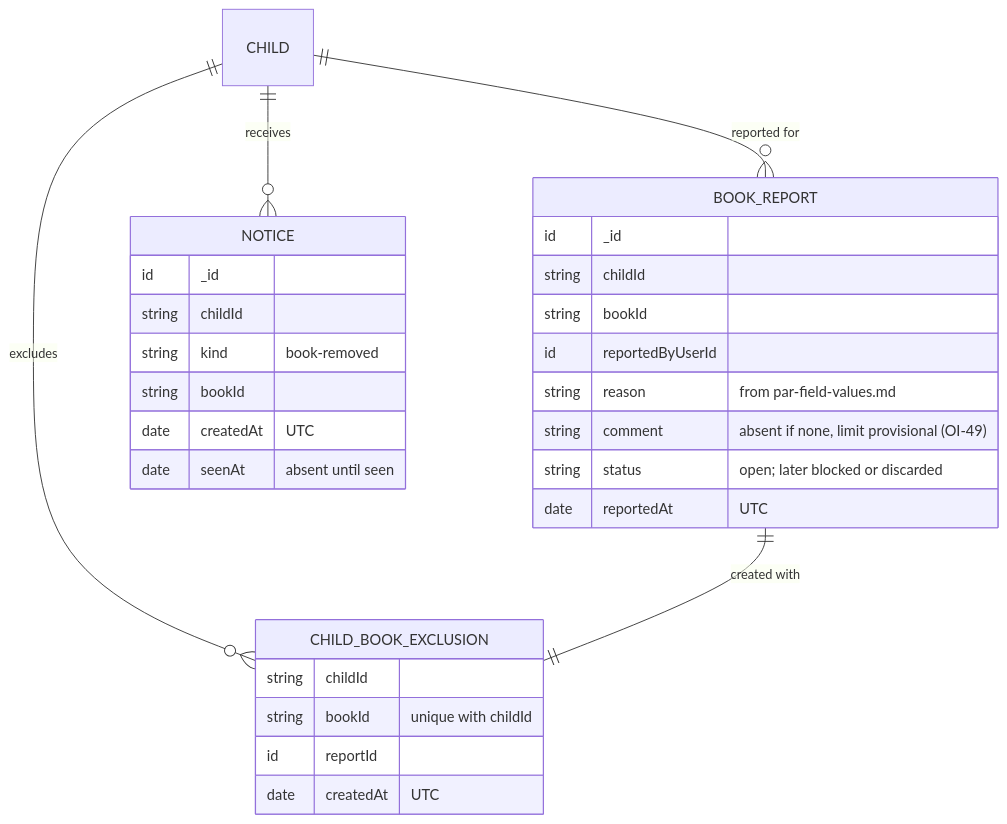
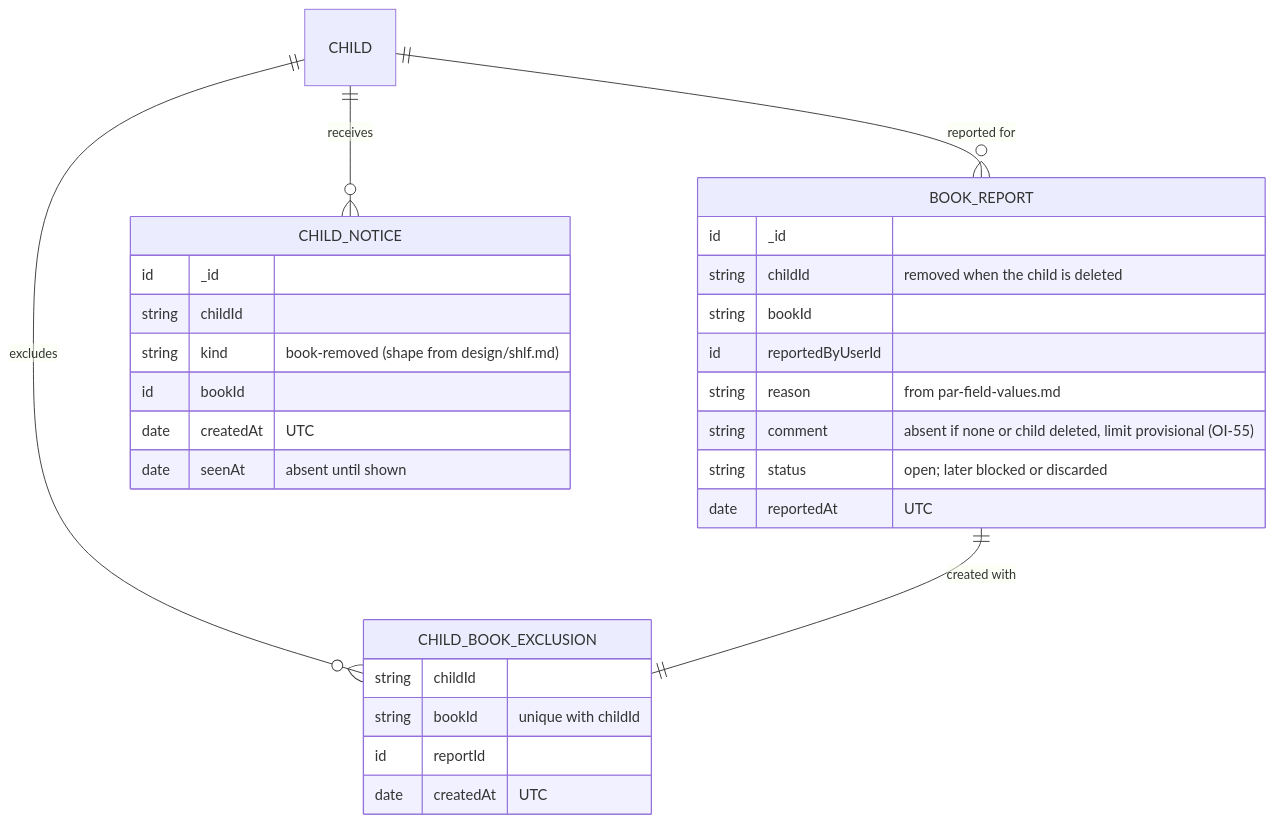
Diagram 12 of 12 in design/par.md (videogames21/book_buddies), drawn with Mermaid before and after one commit. The commit also changed other lines of this file and 5 other files, not shown here.

First line of the commit message:
Apply second review of UC-PAR-report-book design

````diff
--- a/design/par.md
+++ b/design/par.md
@@ -971,31 +972,31 @@
 ```mermaid
 erDiagram
     CHILD ||--o{ BOOK_REPORT : "reported for"
     CHILD ||--o{ CHILD_BOOK_EXCLUSION : "excludes"
     BOOK_REPORT ||--|| CHILD_BOOK_EXCLUSION : "created with"
-    CHILD ||--o{ NOTICE : "receives"
+    CHILD ||--o{ CHILD_NOTICE : "receives"
     BOOK_REPORT {
         id _id
-        string childId
+        string childId "removed when the child is deleted"
         string bookId
         id reportedByUserId
         string reason "from par-field-values.md"
-        string comment "absent if none, limit provisional (OI-49)"
+        string comment "absent if none or child deleted, limit provisional (OI-55)"
         string status "open; later blocked or discarded"
         date reportedAt "UTC"
     }
     CHILD_BOOK_EXCLUSION {
         string childId
         string bookId "unique with childId"
         id reportId
         date createdAt "UTC"
     }
-    NOTICE {
+    CHILD_NOTICE {
         id _id
         string childId
-        string kind "book-removed"
-        string bookId
+        string kind "book-removed (shape from design/shlf.md)"
+        id bookId
         date createdAt "UTC"
-        date seenAt "absent until seen"
+        date seenAt "absent until shown"
     }
 ```
````
